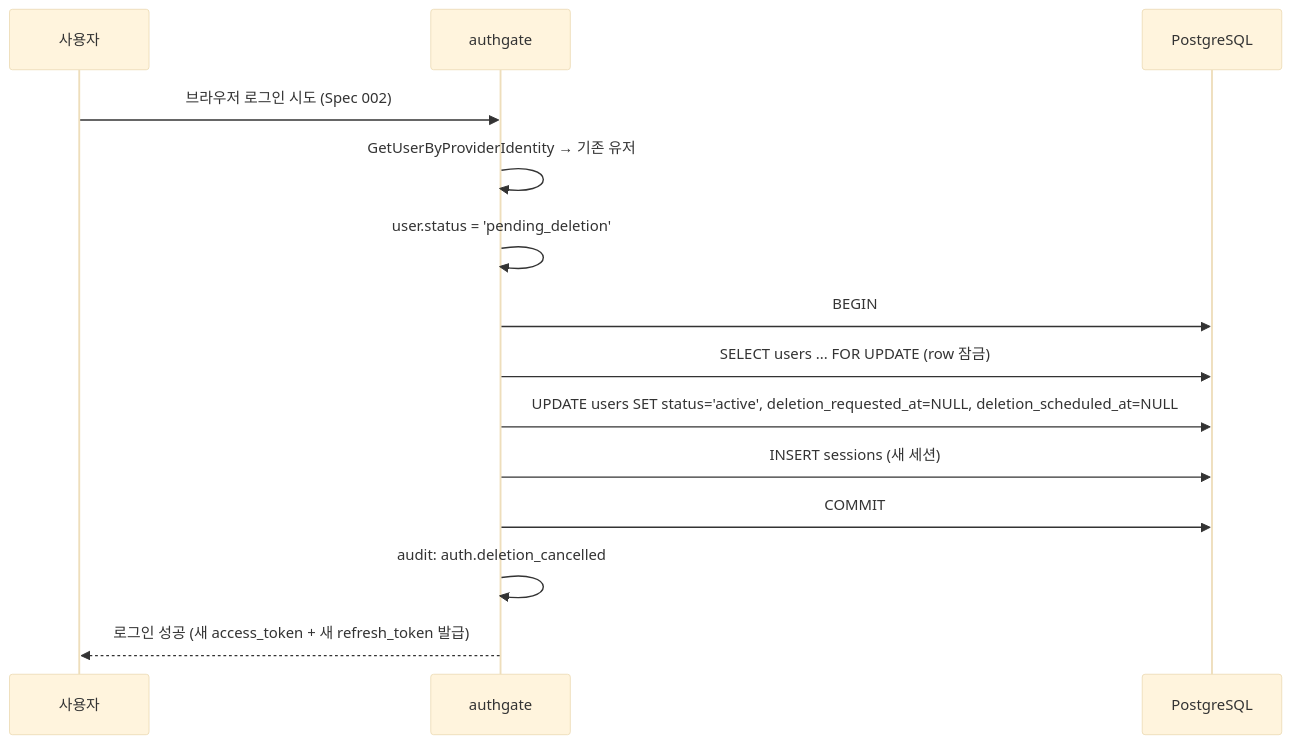
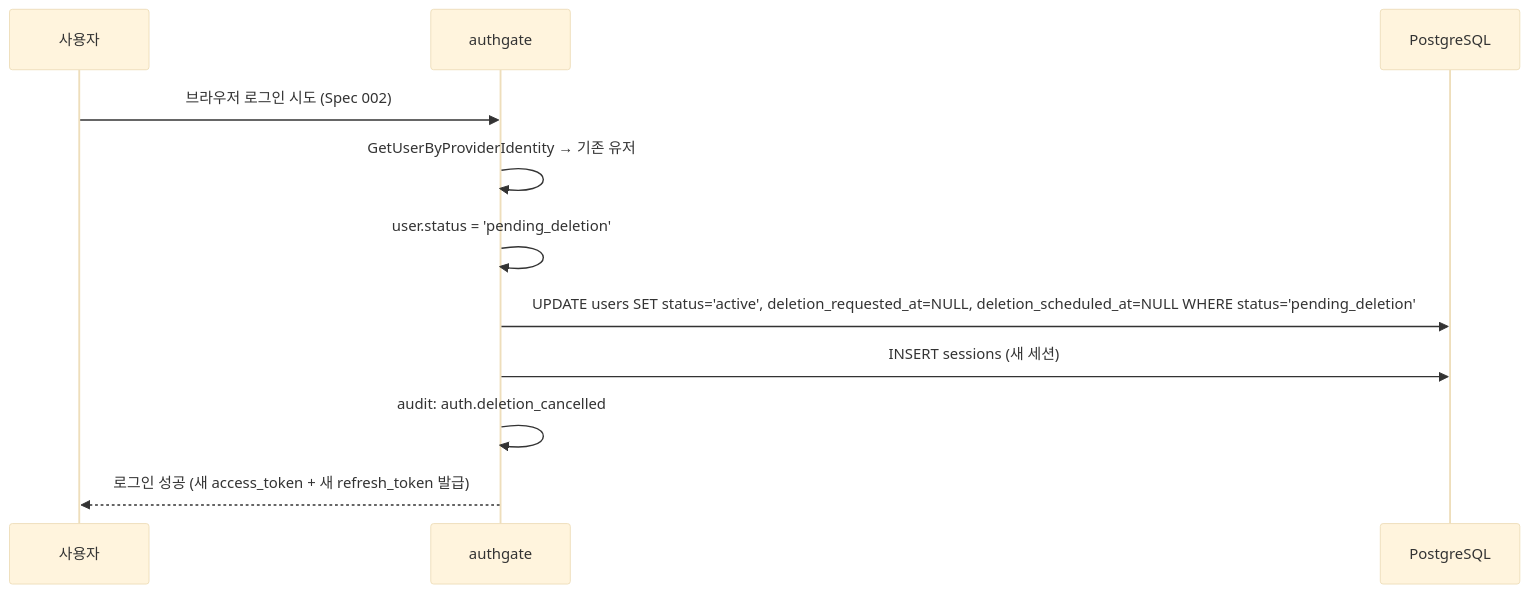
The third of 3 diagrams in docs/spec/006-account-lifecycle.md (cagojeiger/authgate), drawn with Mermaid (base theme) before and after one commit. The commit also changed other lines of this file and 5 other files, not shown here.

````diff
--- a/docs/spec/006-account-lifecycle.md
+++ b/docs/spec/006-account-lifecycle.md
@@ -81,17 +81,14 @@
 ```mermaid
 sequenceDiagram
     participant U as 사용자
     participant AG as authgate
     participant DB as PostgreSQL
 
     U->>AG: 브라우저 로그인 시도 (Spec 002)
     AG->>AG: GetUserByProviderIdentity → 기존 유저
     AG->>AG: user.status = 'pending_deletion'
-    AG->>DB: BEGIN
-    AG->>DB: SELECT users ... FOR UPDATE (row 잠금)
-    AG->>DB: UPDATE users SET status='active', deletion_requested_at=NULL, deletion_scheduled_at=NULL
+    AG->>DB: UPDATE users SET status='active', deletion_requested_at=NULL, deletion_scheduled_at=NULL WHERE status='pending_deletion'
     AG->>DB: INSERT sessions (새 세션)
-    AG->>DB: COMMIT
     AG->>AG: audit: auth.deletion_cancelled
     AG-->>U: 로그인 성공 (새 access_token + 새 refresh_token 발급)
 ```
````
